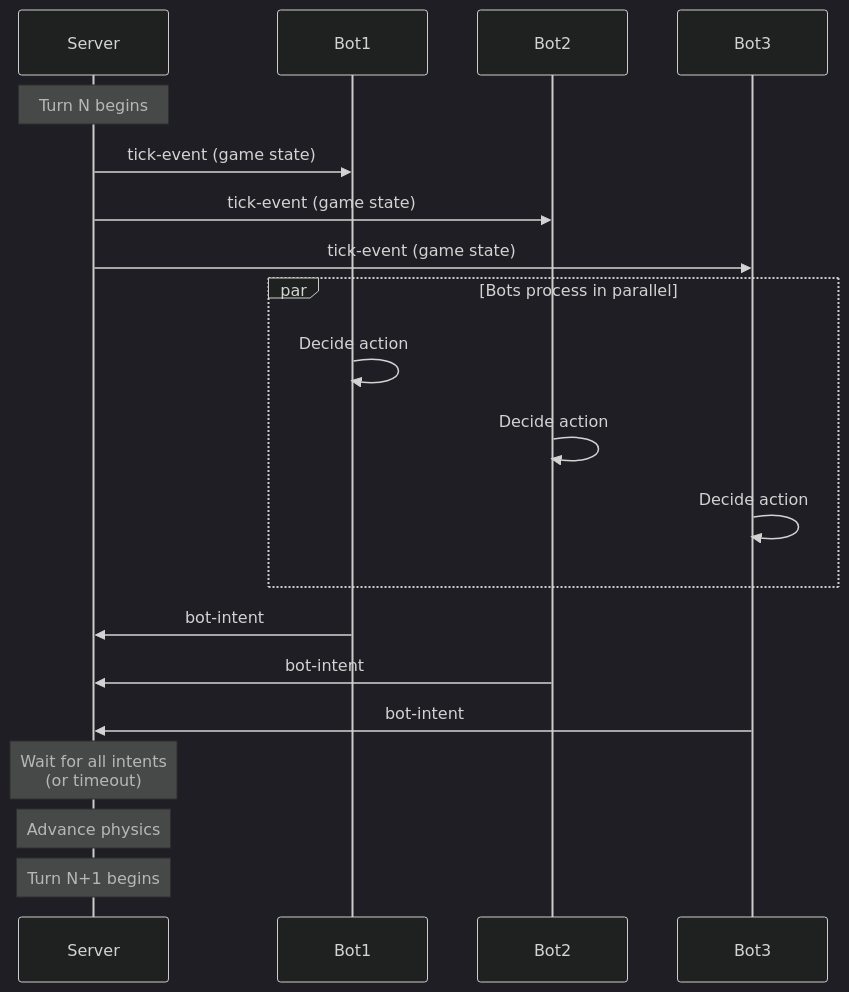
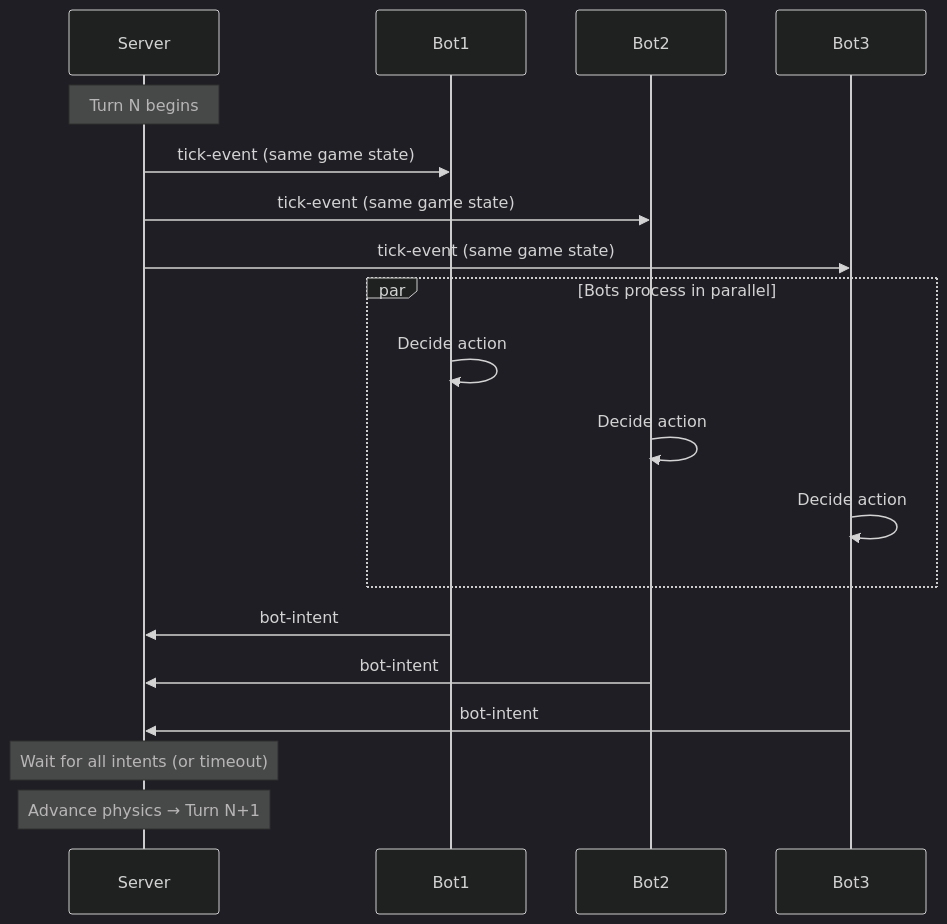
One commit to robocode-dev/tank-royale changed the first of 2 diagrams in docs-internal/architecture/adr/0003-realtime-game-loop-architecture.md. Above: the diagram before and after it, drawn with Mermaid (dark theme). The commit also changed other lines of this file and 6 other files, not shown here.

````diff
--- a/docs-internal/architecture/adr/0003-realtime-game-loop-architecture.md
+++ b/docs-internal/architecture/adr/0003-realtime-game-loop-architecture.md
@@ -54,26 +44,25 @@
 ```mermaid
 sequenceDiagram
     participant Server
     participant Bot1
     participant Bot2
     participant Bot3
     
     Note over Server: Turn N begins
-    Server->>Bot1: tick-event (game state)
-    Server->>Bot2: tick-event (game state)
-    Server->>Bot3: tick-event (game state)
+    Server->>Bot1: tick-event (same game state)
+    Server->>Bot2: tick-event (same game state)
+    Server->>Bot3: tick-event (same game state)
     
     par Bots process in parallel
         Bot1->>Bot1: Decide action
-        Bot2->>Bot2: Decide action
+        Bot2->>Bot2: Decide action  
         Bot3->>Bot3: Decide action
     end
     
     Bot1->>Server: bot-intent
     Bot2->>Server: bot-intent
     Bot3->>Server: bot-intent
     
-    Note over Server: Wait for all intents<br/>(or timeout)
-    Note over Server: Advance physics
-    Note over Server: Turn N+1 begins
+    Note over Server: Wait for all intents (or timeout)
+    Note over Server: Advance physics → Turn N+1
 ```
````
